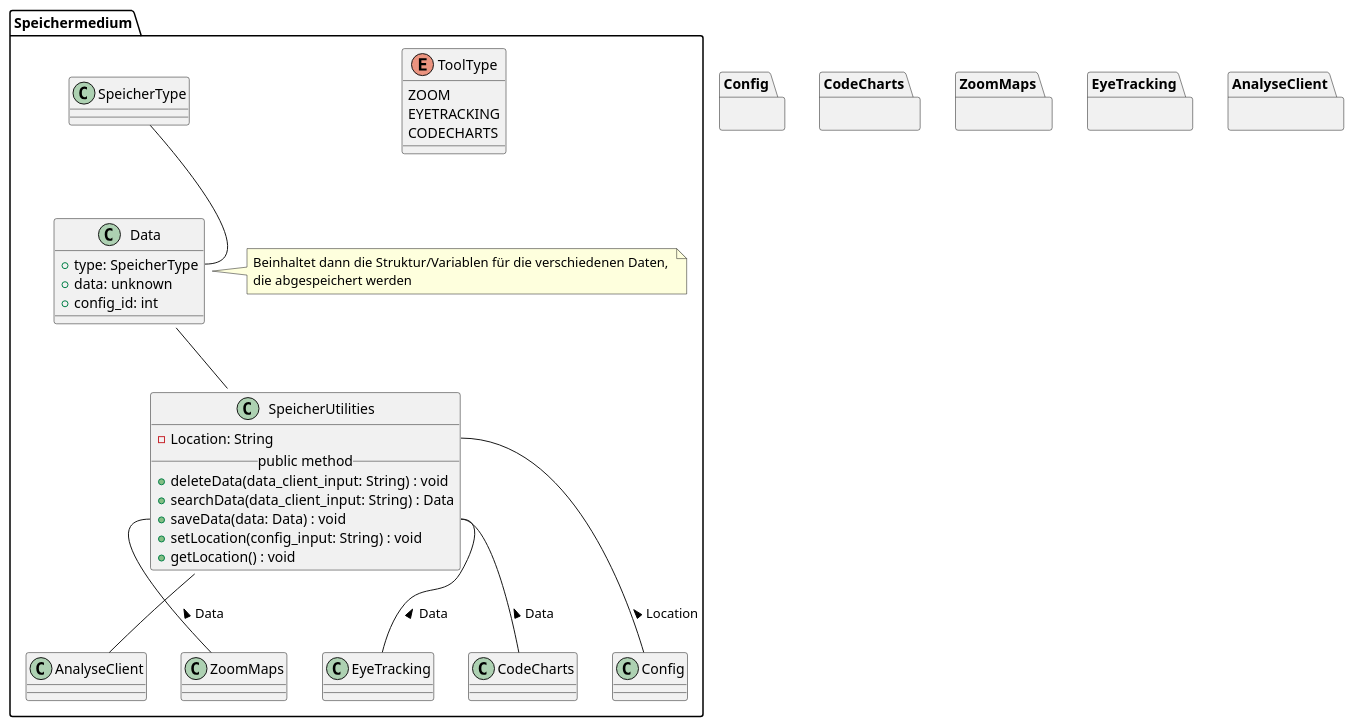
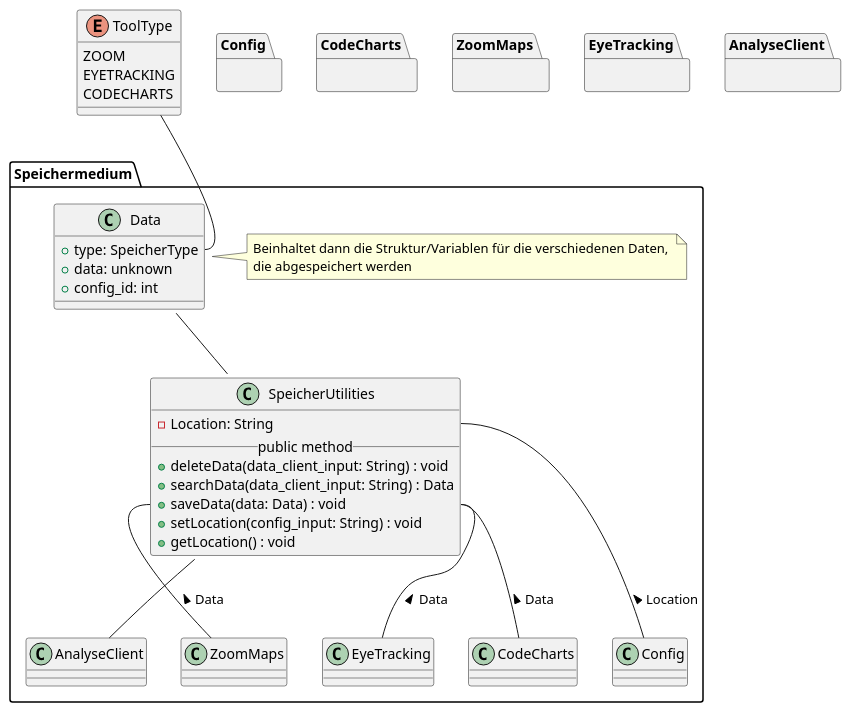
The diagram in meilenstein_03/uml-speichermedium/speichermedium.puml (weichware10/meilensteine), drawn with PlantUML before and after one commit.

Commit message:
ToolType außerhalb

```diff
--- a/meilenstein_03/uml-speichermedium/speichermedium.puml
+++ b/meilenstein_03/uml-speichermedium/speichermedium.puml
@@ -1,57 +1,60 @@
 @startuml speichermedium
 ' === Speichermedium ===
 package Speichermedium {
       ' SpeicherUtilities
       class SpeicherUtilities {
          - Location: String
          __public method__
          + deleteData(data_client_input: String) : void
          + searchData(data_client_input: String) : Data
          + saveData(data: Data) : void
          + setLocation(config_input: String) : void
          + getLocation() : void
      }
 
       class Data {
          + type: SpeicherType
          + data: unknown
          + config_id: int
       }
 
       note right of Data
          Beinhaltet dann die Struktur/Variablen für die verschiedenen Daten, 
          die abgespeichert werden
       end note
 
-      ' ToolType
-      enum ToolType {
-         ZOOM
-         EYETRACKING
-         CODECHARTS
-      }
+      
 
       ' Interaktionen
-      SpeicherType -- Data::type
+      
       Data -- SpeicherUtilities
 
      ' Andere Module
      SpeicherUtilities::Location -- Config : < Location
      SpeicherUtilities::saveData -- CodeCharts : < Data
      SpeicherUtilities::saveData -- ZoomMaps : < Data
      SpeicherUtilities::saveData -- EyeTracking : < Data
      SpeicherUtilities -- AnalyseClient
 }
 
+ToolType -- Data::type
+
+' ToolType
+      enum ToolType {
+         ZOOM
+         EYETRACKING
+         CODECHARTS
+      }
 
 ' Blackboxen / Andere Module
  package Config {}
 
  package CodeCharts {}
 
  package ZoomMaps {}
 
  package EyeTracking {}
 
  package AnalyseClient {}
 
 @enduml
```
